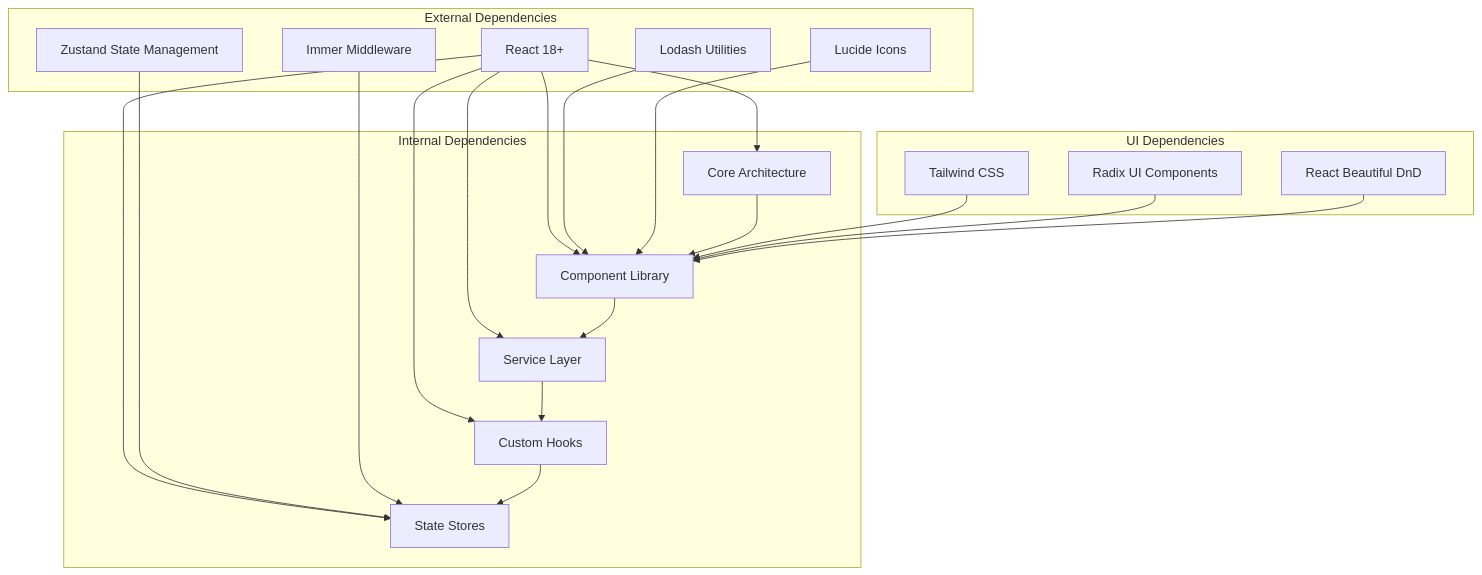
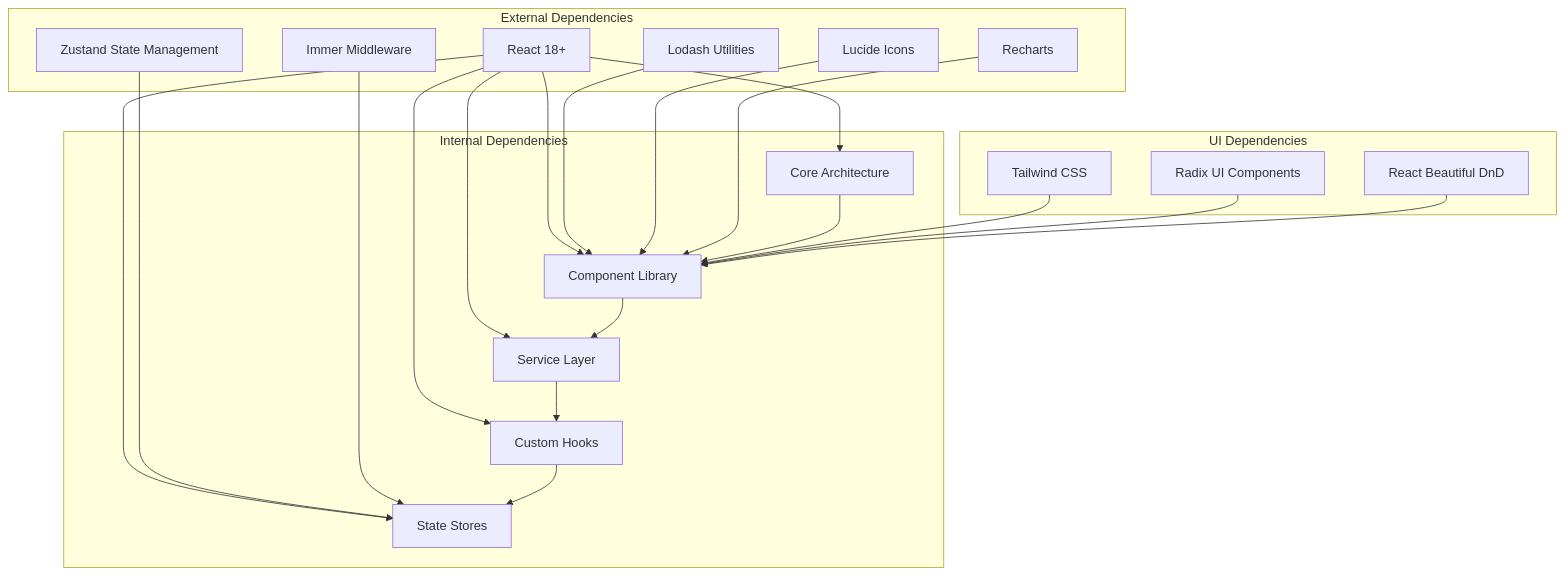
One commit to geniusdynamics/schoolpilot changed diagram 15 of 15 in .qoder/repowiki/en/content/Development Guides/Component Pattern Improvements.md. Above: the diagram before and after it, drawn with Mermaid. The commit also changed other lines of this file and 16 other files, not shown here.

````diff
--- a/.qoder/repowiki/en/content/Development Guides/Component Pattern Improvements.md
+++ b/.qoder/repowiki/en/content/Development Guides/Component Pattern Improvements.md
@@ -498,38 +678,40 @@
 ```mermaid
 graph TB
 subgraph "External Dependencies"
 React[React 18+]
 Zustand[Zustand State Management]
 Immer[Immer Middleware]
 Lodash[Lodash Utilities]
 Lucide[Lucide Icons]
+Recharts[Recharts]
 end
 subgraph "Internal Dependencies"
 Core[Core Architecture]
 Components[Component Library]
 Services[Service Layer]
 Hooks[Custom Hooks]
 Stores[State Stores]
 end
 subgraph "UI Dependencies"
 Tailwind[Tailwind CSS]
 Radix[Radix UI Components]
 ReactBeautifulDnD[React Beautiful DnD]
 end
 React --> Core
 React --> Components
 React --> Services
 React --> Hooks
 React --> Stores
 Zustand --> Stores
 Immer --> Stores
 Lodash --> Components
 Lucide --> Components
+Recharts --> Components
 Core --> Components
 Components --> Services
 Services --> Hooks
 Hooks --> Stores
 Tailwind --> Components
 Radix --> Components
 ReactBeautifulDnD --> Components
 ```
````
